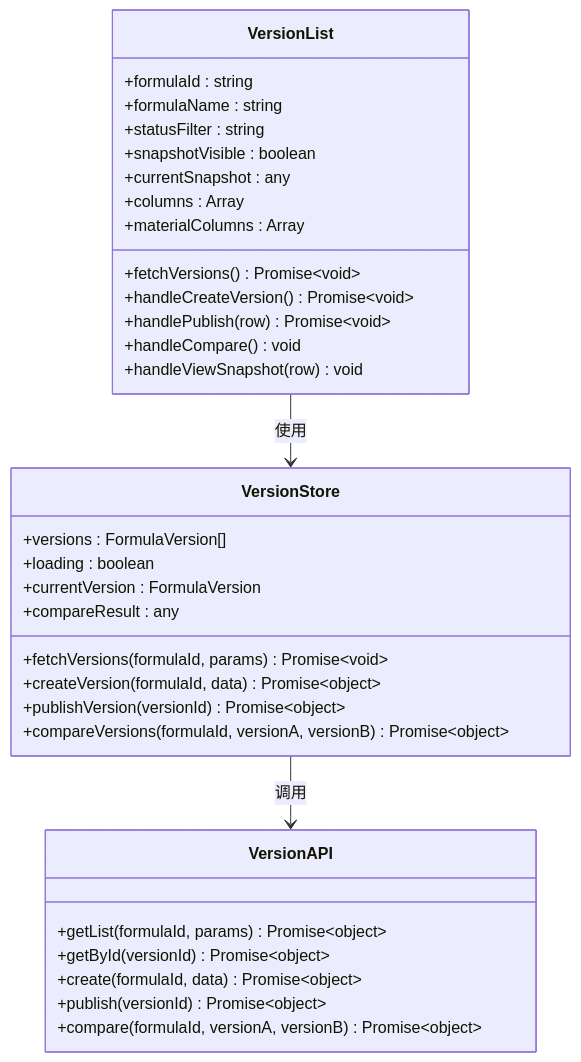
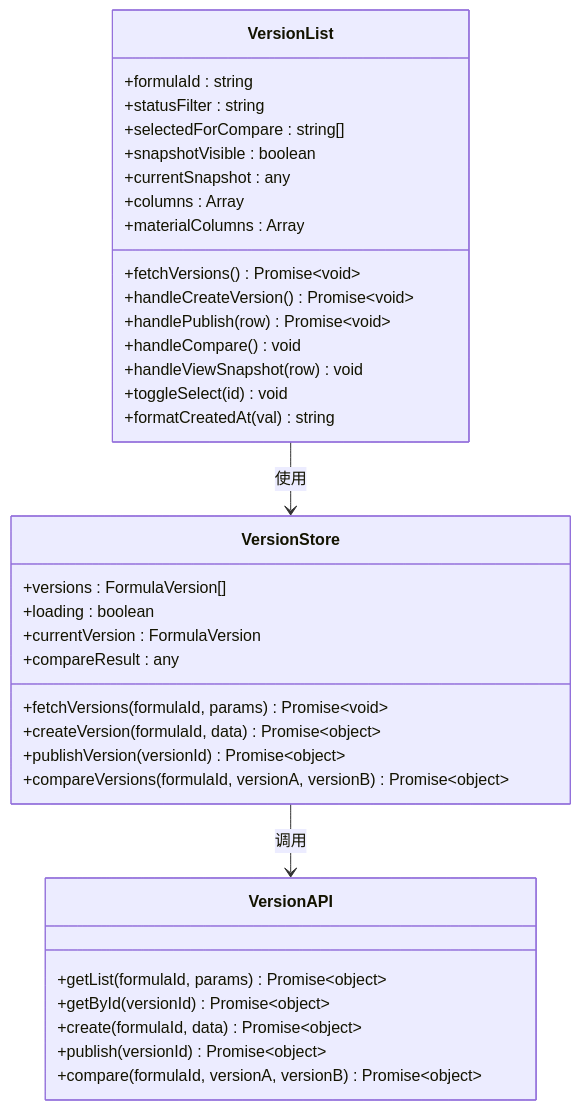
One commit to xpretycn/TingStudio changed the ninth of 18 diagrams in .qoder/repowiki/zh/content/核心功能模块/版本控制系统/版本控制系统.md. Above: the diagram before and after it, drawn with Mermaid. The commit also changed other lines of this file and 14 other files, not shown here.

````diff
--- a/.qoder/repowiki/zh/content/核心功能模块/版本控制系统/版本控制系统.md
+++ b/.qoder/repowiki/zh/content/核心功能模块/版本控制系统/版本控制系统.md
@@ -381,36 +418,38 @@
 ```mermaid
 classDiagram
 class VersionList {
 +formulaId : string
-+formulaName : string
 +statusFilter : string
++selectedForCompare : string[]
 +snapshotVisible : boolean
 +currentSnapshot : any
 +columns : Array
 +materialColumns : Array
 +fetchVersions() Promise~void~
 +handleCreateVersion() Promise~void~
 +handlePublish(row) Promise~void~
 +handleCompare() void
 +handleViewSnapshot(row) void
++toggleSelect(id) void
++formatCreatedAt(val) string
 }
 class VersionStore {
 +versions : FormulaVersion[]
 +loading : boolean
 +currentVersion : FormulaVersion
 +compareResult : any
 +fetchVersions(formulaId, params) Promise~void~
 +createVersion(formulaId, data) Promise~object~
 +publishVersion(versionId) Promise~object~
 +compareVersions(formulaId, versionA, versionB) Promise~object~
 }
 class VersionAPI {
 +getList(formulaId, params) Promise~object~
 +getById(versionId) Promise~object~
 +create(formulaId, data) Promise~object~
 +publish(versionId) Promise~object~
 +compare(formulaId, versionA, versionB) Promise~object~
 }
 VersionList --> VersionStore : 使用
 VersionStore --> VersionAPI : 调用
 ```
````
